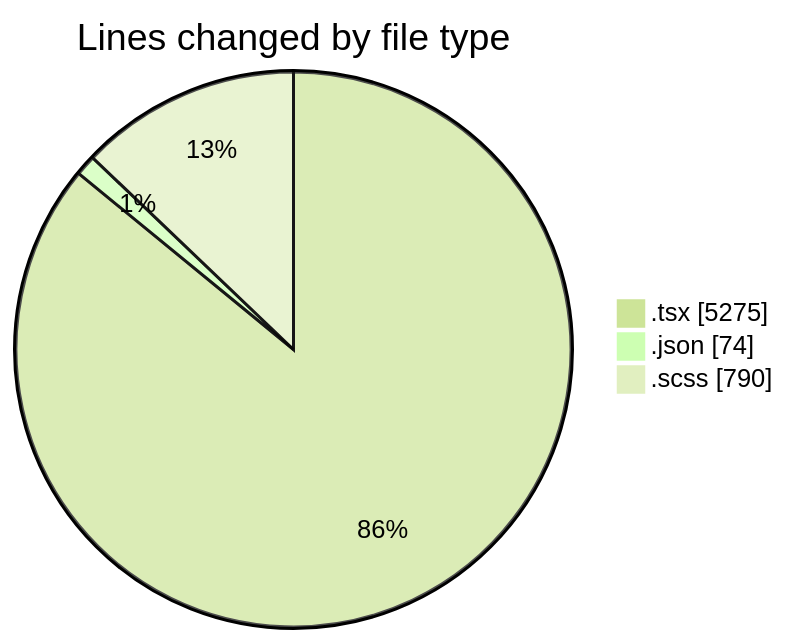
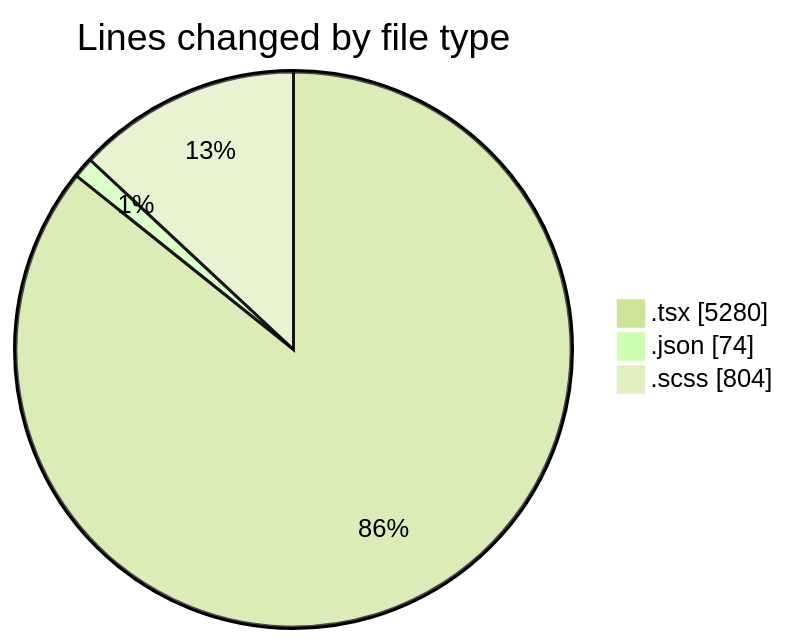
The first of 2 diagrams in 2025-04-08/cda/README.md (momahboobian/code-tracking), drawn with Mermaid (forest theme) before and after one commit. The commit also changed other lines of this file and 1 other file, not shown here.

````diff
--- a/2025-04-08/cda/README.md
+++ b/2025-04-08/cda/README.md
@@ -36,7 +36,7 @@
 ```mermaid
 pie showData
 title Lines changed by file type
-".tsx" : 5275
+".tsx" : 5280
 ".json" : 74
-".scss" : 790
+".scss" : 804
 ```
````
